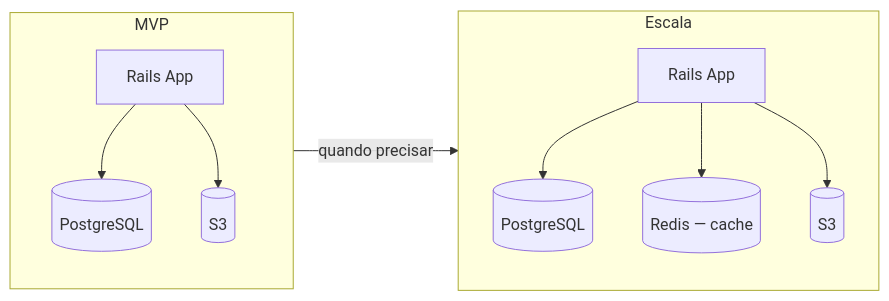
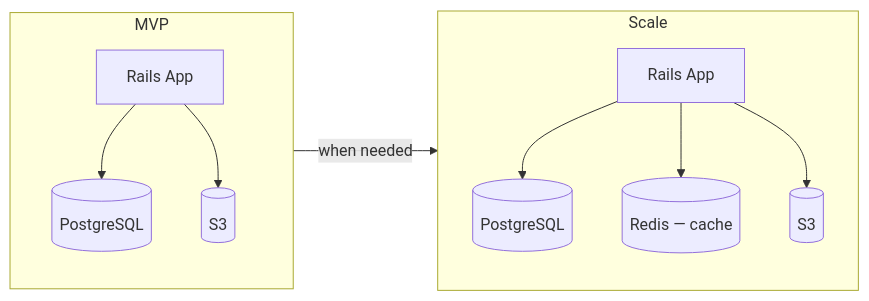
Before and after one commit to DLA-Solutions/school_lab: the third of 3 diagrams in docs/web-stack.md, drawn with Mermaid. The commit also changed other lines of this file and 6 other files, not shown here.

````diff
--- a/docs/web-stack.md
+++ b/docs/web-stack.md
@@ -286,22 +286,22 @@
 ```mermaid
 flowchart LR
     subgraph mvp [MVP]
         App1[Rails App]
         PG1[(PostgreSQL)]
         S31[(S3)]
         App1 --> PG1
         App1 --> S31
     end
 
-    subgraph scale [Escala]
+    subgraph scale [Scale]
         App2[Rails App]
         PG2[(PostgreSQL)]
         Redis2[(Redis — cache)]
         S32[(S3)]
         App2 --> PG2
         App2 --> Redis2
         App2 --> S32
     end
 
-    mvp -->|quando precisar| scale
+    mvp -->|when needed| scale
 ```
````
